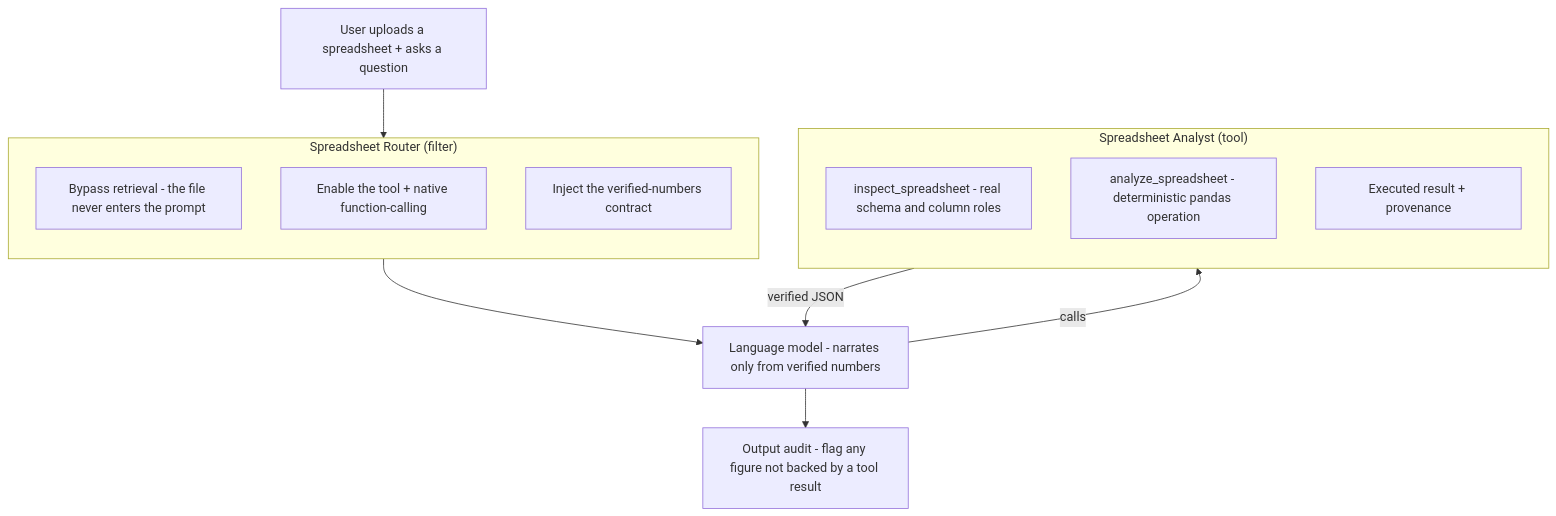
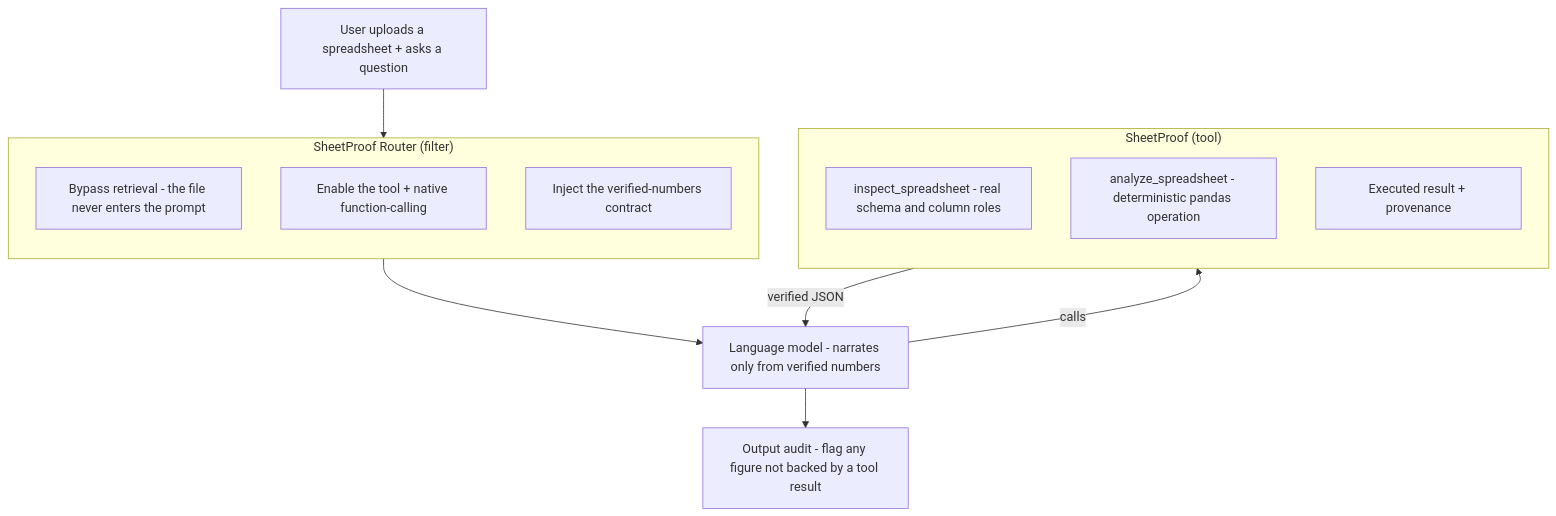
One commit to Almehmadi-Ai/sheetproof changed the diagram in README.md. Above: the diagram before and after it, drawn with Mermaid. The commit also changed other lines of this file and 14 other files, not shown here.

First line of the commit message:
Rebrand to SheetProof; add CI, security policy, and contribution templates

````diff
--- a/README.md
+++ b/README.md
@@ -70,22 +72,22 @@
 ```mermaid
 flowchart TB
     U["User uploads a spreadsheet + asks a question"]
-    subgraph F["Spreadsheet Router (filter)"]
+    subgraph F["SheetProof Router (filter)"]
         direction TB
         R["Bypass retrieval - the file never enters the prompt"]
         E["Enable the tool + native function-calling"]
         C["Inject the verified-numbers contract"]
     end
-    subgraph T["Spreadsheet Analyst (tool)"]
+    subgraph T["SheetProof (tool)"]
         direction TB
         I["inspect_spreadsheet - real schema and column roles"]
         A["analyze_spreadsheet - deterministic pandas operation"]
         P["Executed result + provenance"]
     end
     M["Language model - narrates only from verified numbers"]
     AU["Output audit - flag any figure not backed by a tool result"]
     U --> F --> M
     M -->|calls| T
     T -->|verified JSON| M
     M --> AU
 ```
````
